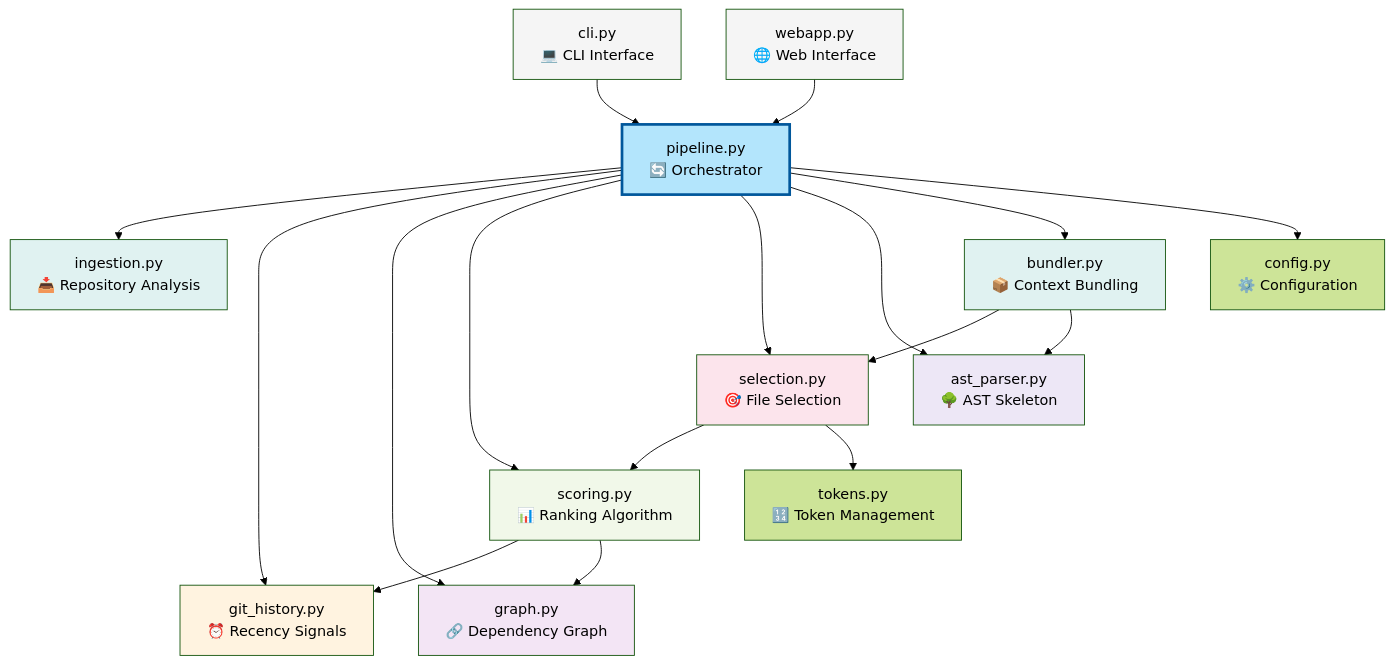
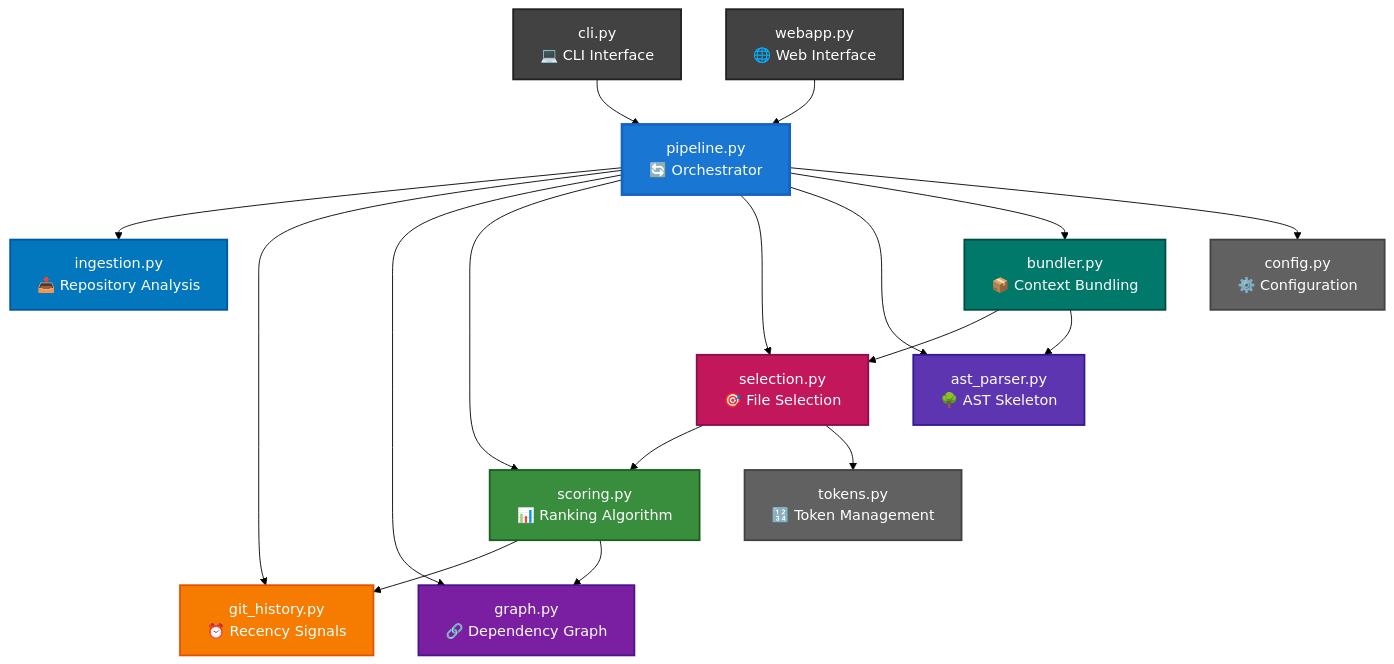
The fifth of 6 diagrams in README.md (MVivekananda/rankcontext), drawn with Mermaid (forest theme) before and after one commit. The commit also changed other lines of this file, not shown here.

First line of the commit message:
Update diagram colors for better visibility

````diff
--- a/README.md
+++ b/README.md
@@ -367,38 +367,40 @@
 ```mermaid
 graph TD
     Pipeline["pipeline.py<br/>🔄 Orchestrator"]
     
     Pipeline --> Ingestion["ingestion.py<br/>📥 Repository Analysis"]
     Pipeline --> GitHistory["git_history.py<br/>⏰ Recency Signals"]
     Pipeline --> Graph["graph.py<br/>🔗 Dependency Graph"]
     Pipeline --> Scoring["scoring.py<br/>📊 Ranking Algorithm"]
     Pipeline --> Selection["selection.py<br/>🎯 File Selection"]
     Pipeline --> AstParser["ast_parser.py<br/>🌳 AST Skeleton"]
     Pipeline --> Bundler["bundler.py<br/>📦 Context Bundling"]
     
     Scoring --> GitHistory
     Scoring --> Graph
     Selection --> Scoring
     Bundler --> Selection
     Bundler --> AstParser
     
     CLI["cli.py<br/>💻 CLI Interface"] --> Pipeline
     WebApp["webapp.py<br/>🌐 Web Interface"] --> Pipeline
     
     Tokens["tokens.py<br/>🔢 Token Management"]
     Config["config.py<br/>⚙️ Configuration"]
     
     Selection --> Tokens
     Pipeline --> Config
     
-    style Pipeline fill:#b3e5fc,stroke:#01579b,stroke-width:3px
-    style Ingestion fill:#e0f2f1
-    style GitHistory fill:#fff3e0
-    style Graph fill:#f3e5f5
-    style Scoring fill:#f1f8e9
-    style Selection fill:#fce4ec
-    style AstParser fill:#ede7f6
-    style Bundler fill:#e0f2f1
-    style CLI fill:#f5f5f5
-    style WebApp fill:#f5f5f5
+    style Pipeline fill:#1976D2,stroke:#1565C0,stroke-width:3px,color:#fff
+    style Ingestion fill:#0277BD,stroke:#01579B,stroke-width:2px,color:#fff
+    style GitHistory fill:#F57C00,stroke:#E65100,stroke-width:2px,color:#fff
+    style Graph fill:#7B1FA2,stroke:#4A148C,stroke-width:2px,color:#fff
+    style Scoring fill:#388E3C,stroke:#1B5E20,stroke-width:2px,color:#fff
+    style Selection fill:#C2185B,stroke:#880E4F,stroke-width:2px,color:#fff
+    style AstParser fill:#5E35B1,stroke:#311B92,stroke-width:2px,color:#fff
+    style Bundler fill:#00796B,stroke:#004D40,stroke-width:2px,color:#fff
+    style CLI fill:#424242,stroke:#212121,stroke-width:2px,color:#fff
+    style WebApp fill:#424242,stroke:#212121,stroke-width:2px,color:#fff
+    style Tokens fill:#616161,stroke:#424242,stroke-width:2px,color:#fff
+    style Config fill:#616161,stroke:#424242,stroke-width:2px,color:#fff
 ```
````
